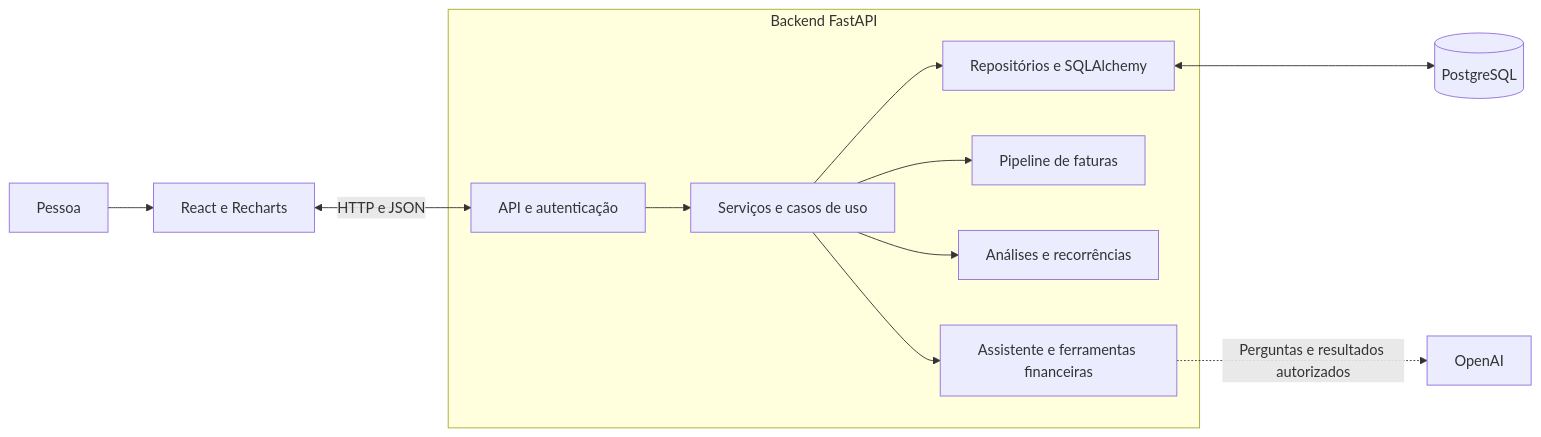
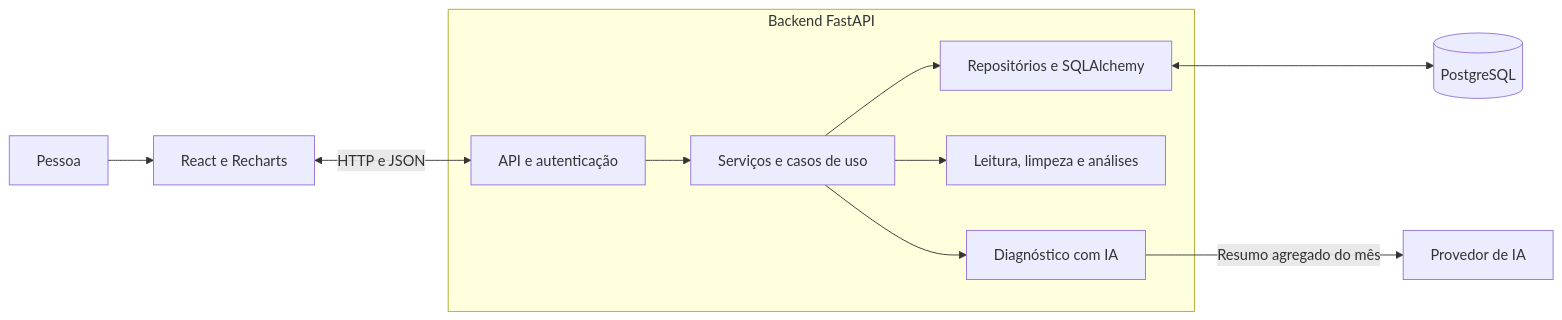
The first of 2 diagrams in docs/arquitetura.md (JanioRamalho/gerenCIA), drawn with Mermaid before and after one commit. The commit also changed other lines of this file and 5 other files, not shown here.

````diff
--- a/docs/arquitetura.md
+++ b/docs/arquitetura.md
@@ -13,16 +14,15 @@
 ```mermaid
 flowchart LR
     person["Pessoa"] --> frontend["React e Recharts"]
     frontend <-->|"HTTP e JSON"| api
 
     subgraph backend ["Backend FastAPI"]
         api["API e autenticação"] --> services["Serviços e casos de uso"]
         services --> repositories["Repositórios e SQLAlchemy"]
-        services --> pipeline["Pipeline de faturas"]
-        services --> analytics["Análises e recorrências"]
-        services --> ai["Assistente e ferramentas financeiras"]
+        services --> pipeline["Leitura, limpeza e análises"]
+        services --> ai["Diagnóstico com IA"]
     end
 
     repositories <--> database[("PostgreSQL")]
-    ai -.->|"Perguntas e resultados autorizados"| openai["OpenAI"]
+    ai -->|"Resumo agregado do mês"| provider["Provedor de IA"]
 ```
````
